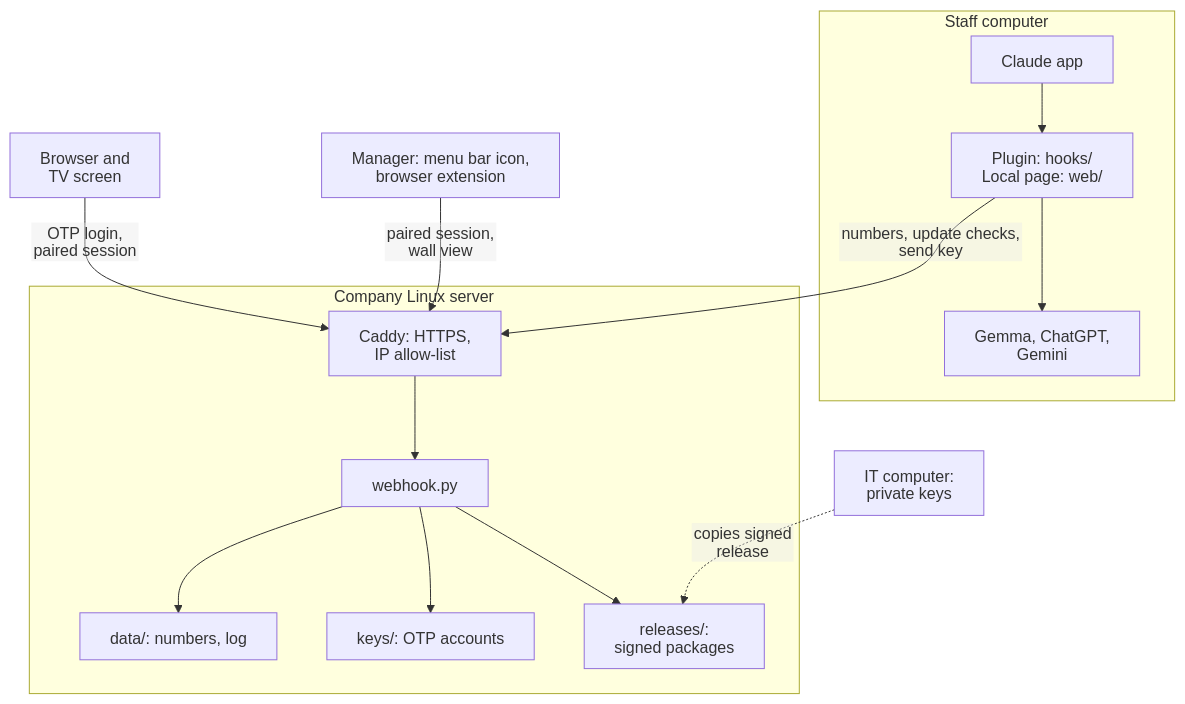
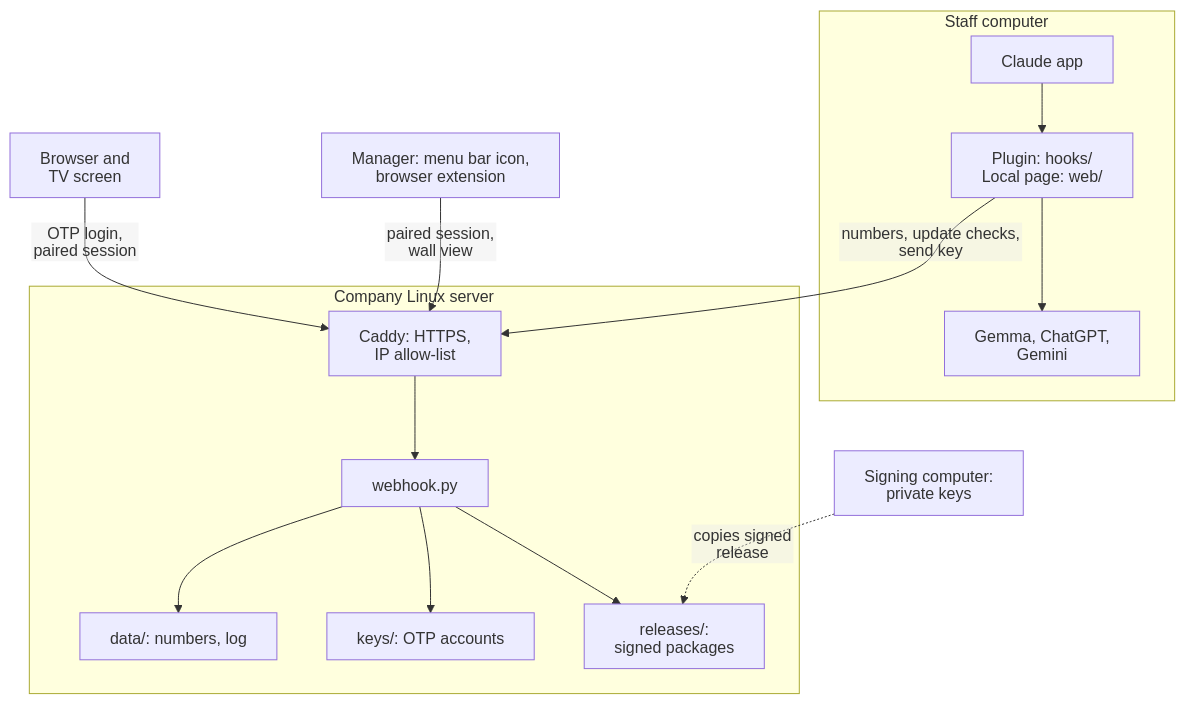
Before and after one commit to anhle9x/ai-worker: the first of 8 diagrams in docs/ARCHITECTURE.md, drawn with Mermaid. The commit also changed other lines of this file and 43 other files, not shown here.

````diff
--- a/docs/ARCHITECTURE.md
+++ b/docs/ARCHITECTURE.md
@@ -71,21 +71,21 @@
 ```mermaid
 %%{init: {"htmlLabels": false, "flowchart": {"htmlLabels": false}}}%%
 flowchart TD
   subgraph PC["Staff computer"]
     App["Claude app"] --> Plugin["Plugin: hooks/<br/>Local page: web/"]
     Plugin --> Helpers["Gemma, ChatGPT,<br/>Gemini"]
   end
   Browser["Browser and<br/>TV screen"]
   Mgr["Manager: menu bar icon,<br/>browser extension"]
-  IT["IT computer:<br/>private keys"]
+  IT["Signing computer:<br/>private keys"]
   subgraph Server["Company Linux server"]
     Proxy["Caddy: HTTPS,<br/>IP allow-list"] --> Hook["webhook.py"]
     Hook --> Data["data/: numbers, log"]
     Hook --> Keys["keys/: OTP accounts"]
     Hook --> Releases["releases/:<br/>signed packages"]
   end
   Plugin -- "numbers, update checks,<br/>send key" --> Proxy
   Browser -- "OTP login,<br/>paired session" --> Proxy
   Mgr -- "paired session,<br/>wall view" --> Proxy
   IT -. "copies signed<br/>release" .-> Releases
 ```
````
